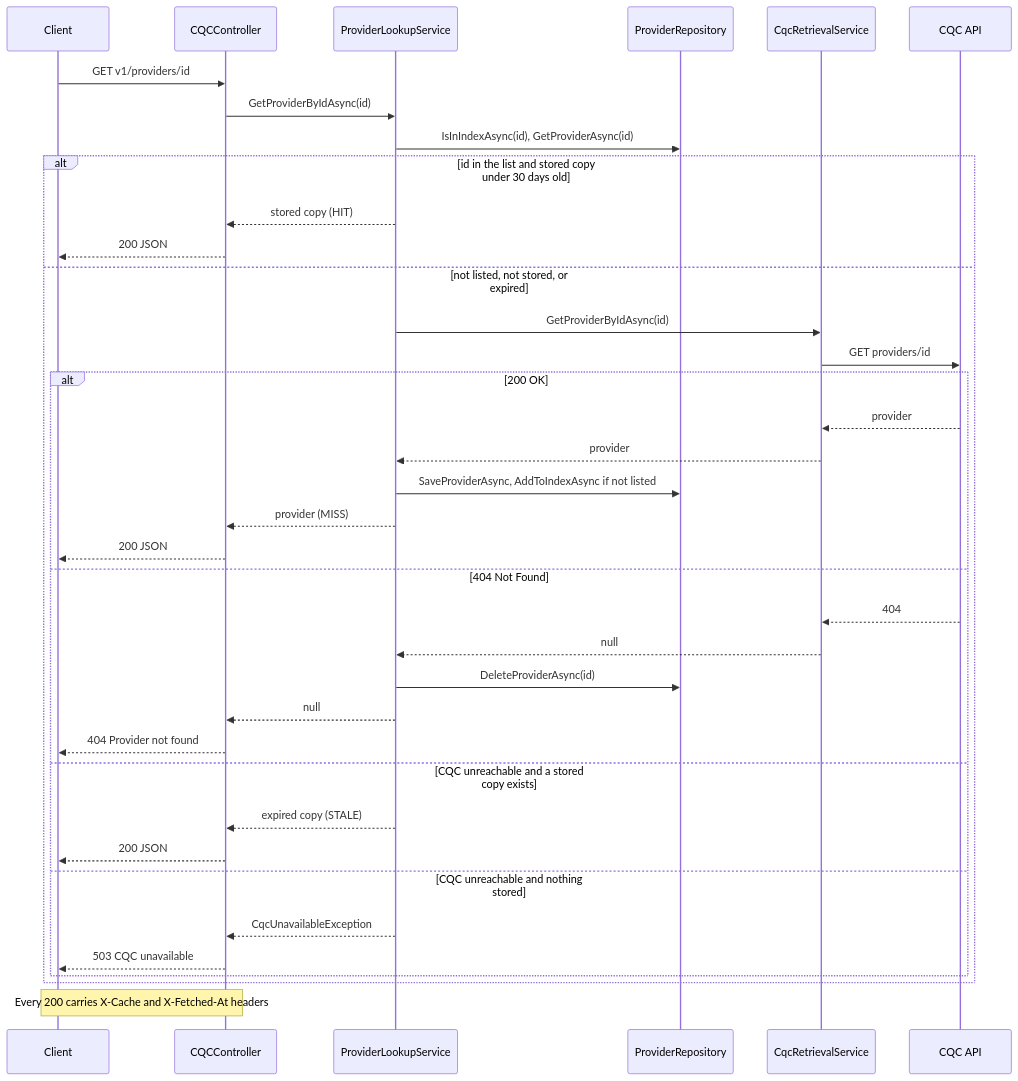
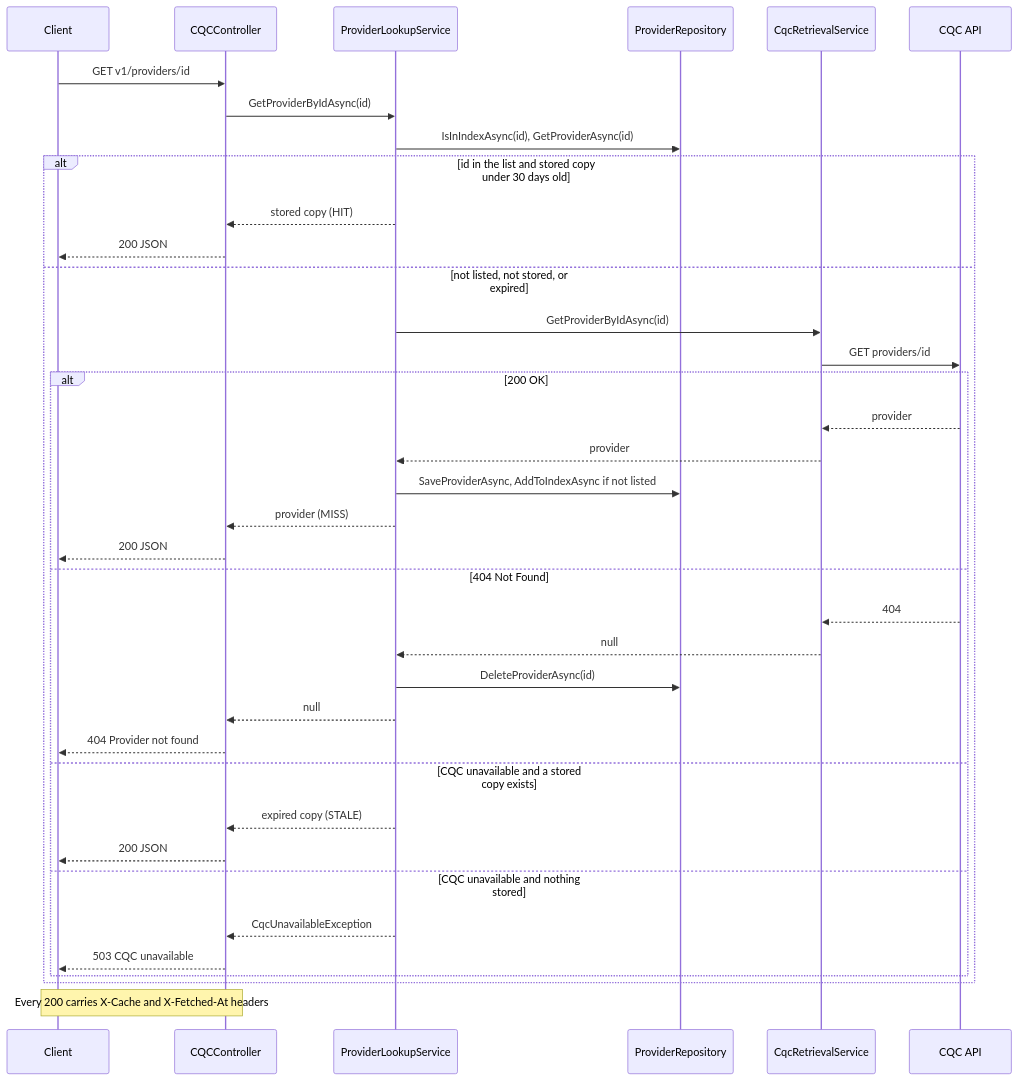
Before and after one commit to ikoonman/schemeserve: the second of 4 diagrams in SchemeserveDotnetTest/README.md, drawn with Mermaid. The commit also changed other lines of this file, not shown here.

````diff
--- a/SchemeserveDotnetTest/README.md
+++ b/SchemeserveDotnetTest/README.md
@@ -212,39 +212,39 @@
 ```mermaid
 sequenceDiagram
     participant Client
     participant Ctrl as CQCController
     participant Lookup as ProviderLookupService
     participant Repo as ProviderRepository
     participant Http as CqcRetrievalService
     participant CQC as CQC API
     Client->>Ctrl: GET v1/providers/id
     Ctrl->>Lookup: GetProviderByIdAsync(id)
     Lookup->>Repo: IsInIndexAsync(id), GetProviderAsync(id)
     alt id in the list and stored copy under 30 days old
         Lookup-->>Ctrl: stored copy (HIT)
         Ctrl-->>Client: 200 JSON
     else not listed, not stored, or expired
         Lookup->>Http: GetProviderByIdAsync(id)
         Http->>CQC: GET providers/id
         alt 200 OK
             CQC-->>Http: provider
             Http-->>Lookup: provider
             Lookup->>Repo: SaveProviderAsync, AddToIndexAsync if not listed
             Lookup-->>Ctrl: provider (MISS)
             Ctrl-->>Client: 200 JSON
         else 404 Not Found
             CQC-->>Http: 404
             Http-->>Lookup: null
             Lookup->>Repo: DeleteProviderAsync(id)
             Lookup-->>Ctrl: null
             Ctrl-->>Client: 404 Provider not found
-        else CQC unreachable and a stored copy exists
+        else CQC unavailable and a stored copy exists
             Lookup-->>Ctrl: expired copy (STALE)
             Ctrl-->>Client: 200 JSON
-        else CQC unreachable and nothing stored
+        else CQC unavailable and nothing stored
             Lookup-->>Ctrl: CqcUnavailableException
             Ctrl-->>Client: 503 CQC unavailable
         end
     end
     Note over Client,Ctrl: Every 200 carries X-Cache and X-Fetched-At headers
 ```
````
